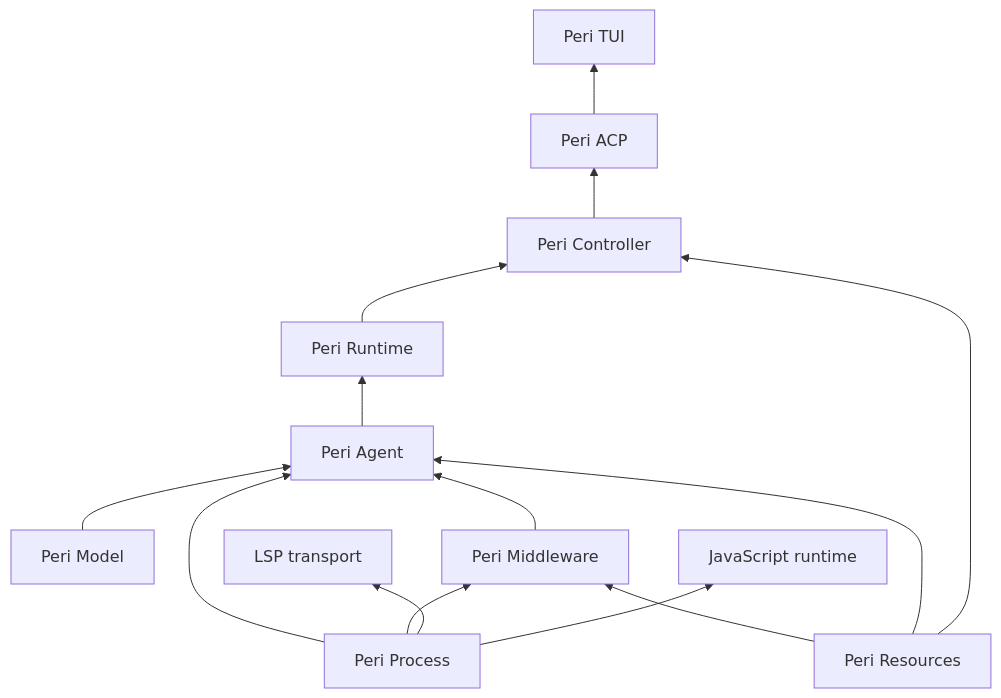
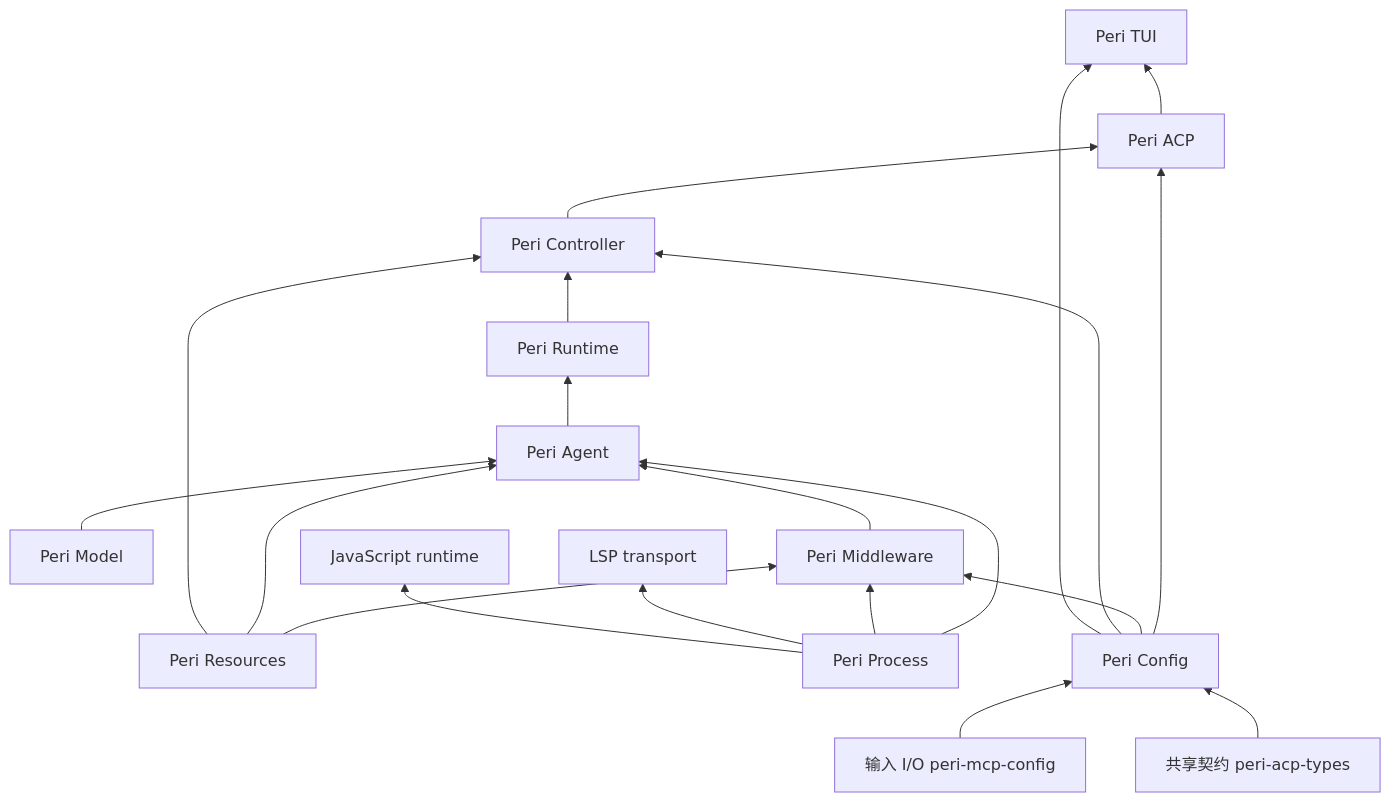
The first of 4 diagrams in docs/design/architecture.md (KonghaYao/peri), drawn with Mermaid before and after one commit. The commit also changed other lines of this file and 75 other files, not shown here.

Commit message:
feat(config): implement Peri-owned configuration authority

````diff
--- a/docs/design/architecture.md
+++ b/docs/design/architecture.md
@@ -13,16 +13,22 @@
 ```mermaid
 flowchart BT
     Model[Peri Model] --> Agent[Peri Agent]
     Agent --> Runtime[Peri Runtime]
     Runtime --> Controller[Peri Controller]
     Controller --> ACP[Peri ACP]
     ACP --> TUI[Peri TUI]
     Middleware[Peri Middleware] --> Agent
     Resources[Peri Resources] --> Middleware
     Resources --> Agent
     Resources --> Controller
     Process[Peri Process] --> Agent
     Process --> Middleware
     Process --> LSP[LSP transport]
     Process --> JS[JavaScript runtime]
+    Config[Peri Config] --> ACP
+    Config --> Middleware
+    Config --> Controller
+    Config --> TUI
+    Types[共享契约 peri-acp-types] --> Config
+    ConfigInput[输入 I/O peri-mcp-config] --> Config
 ```
````
